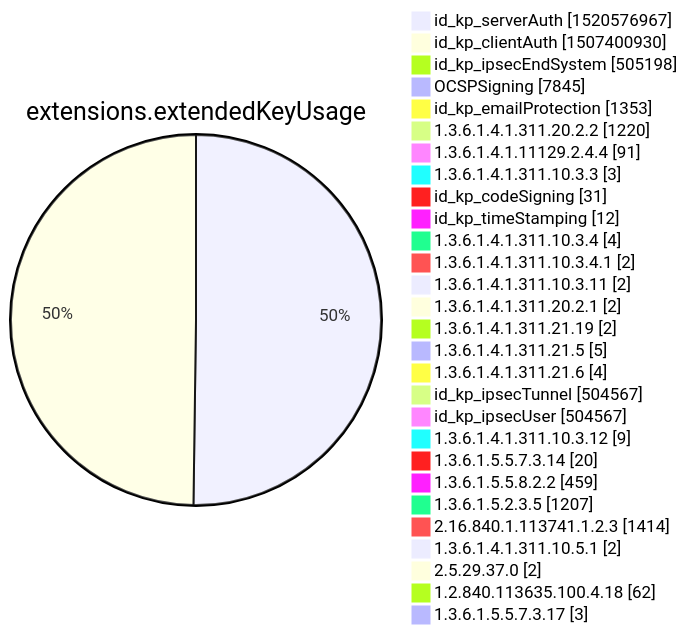
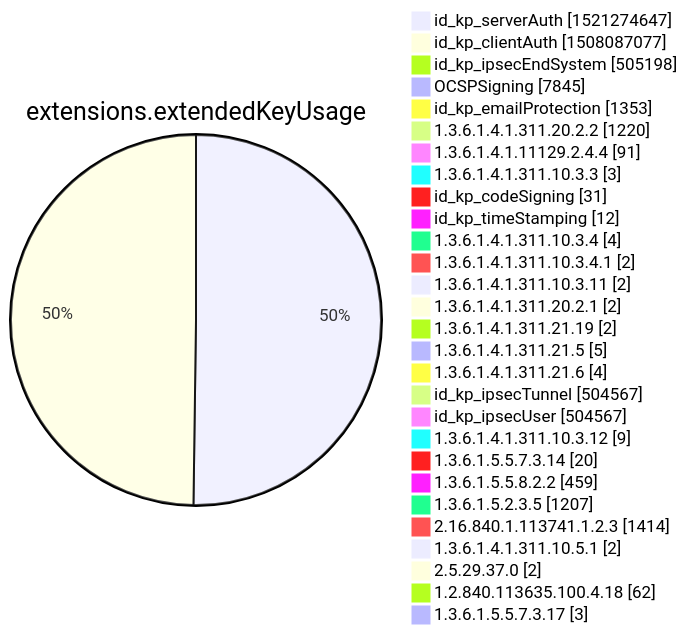
Before and after one commit to christiankrug/ctmonitor_visualization: diagram 12 of 15 in xenon2022/README.md, drawn with Mermaid. The commit also changed other lines of this file, not shown here.

````diff
--- a/xenon2022/README.md
+++ b/xenon2022/README.md
@@ -3877,32 +3877,32 @@
 ```mermaid
 pie showData
 title extensions.extendedKeyUsage
-"id_kp_serverAuth" :1520576967
-"id_kp_clientAuth" :1507400930
+"id_kp_serverAuth" :1521274647
+"id_kp_clientAuth" :1508087077
 "id_kp_ipsecEndSystem" :505198
 "OCSPSigning" :7845
 "id_kp_emailProtection" :1353
 "1.3.6.1.4.1.311.20.2.2" :1220
 "1.3.6.1.4.1.11129.2.4.4" :91
 "1.3.6.1.4.1.311.10.3.3" :3
 "id_kp_codeSigning" :31
 "id_kp_timeStamping" :12
 "1.3.6.1.4.1.311.10.3.4" :4
 "1.3.6.1.4.1.311.10.3.4.1" :2
 "1.3.6.1.4.1.311.10.3.11" :2
 "1.3.6.1.4.1.311.20.2.1" :2
 "1.3.6.1.4.1.311.21.19" :2
 "1.3.6.1.4.1.311.21.5" :5
 "1.3.6.1.4.1.311.21.6" :4
 "id_kp_ipsecTunnel" :504567
 "id_kp_ipsecUser" :504567
 "1.3.6.1.4.1.311.10.3.12" :9
 "1.3.6.1.5.5.7.3.14" :20
 "1.3.6.1.5.5.8.2.2" :459
 "1.3.6.1.5.2.3.5" :1207
 "2.16.840.1.113741.1.2.3" :1414
 "1.3.6.1.4.1.311.10.5.1" :2
 "2.5.29.37.0" :2
 "1.2.840.113635.100.4.18" :62
 "1.3.6.1.5.5.7.3.17" :3
 ```
````
